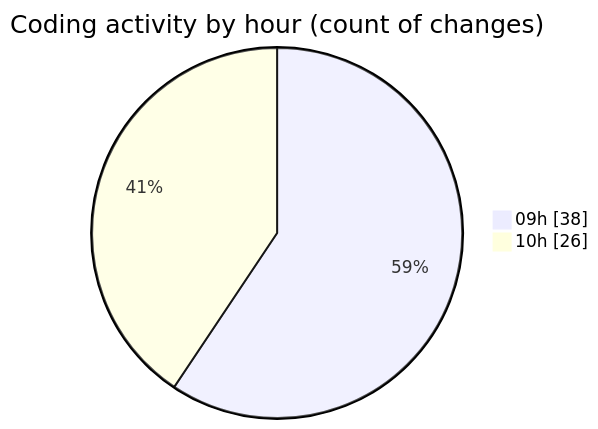
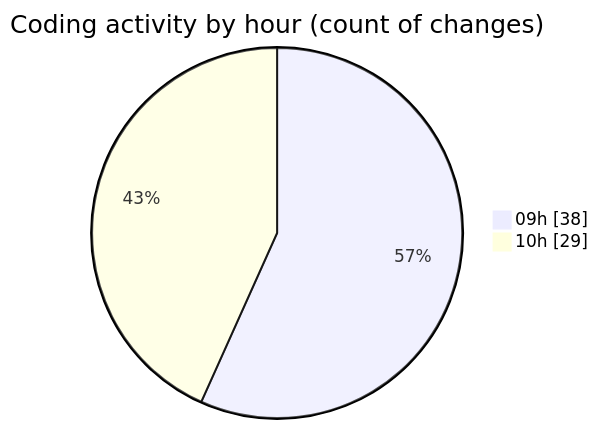
The second of 2 diagrams in 2026-07-27/cda/README.md (momahboobian/code-tracking), drawn with Mermaid before and after one commit. The commit also changed other lines of this file and 1 other file, not shown here.

````diff
--- a/2026-07-27/cda/README.md
+++ b/2026-07-27/cda/README.md
@@ -40,6 +40,6 @@
 ```mermaid
 pie showData
 title Coding activity by hour (count of changes)
 "09h" : 38
-"10h" : 26
+"10h" : 29
 ```
````
